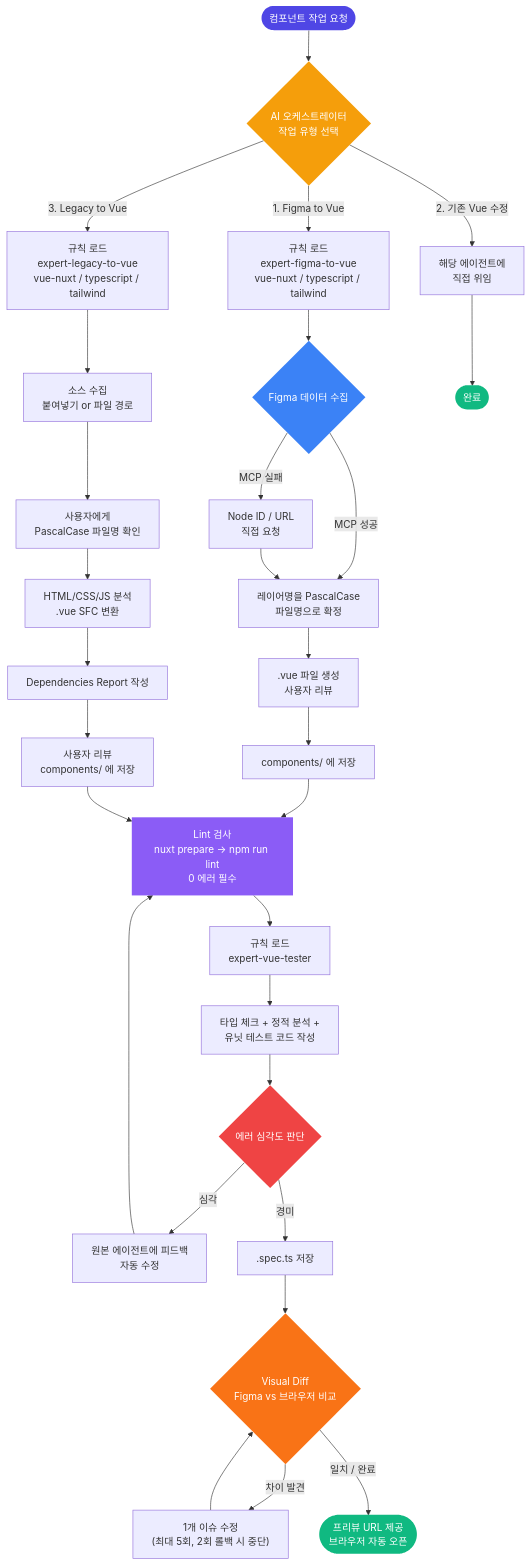
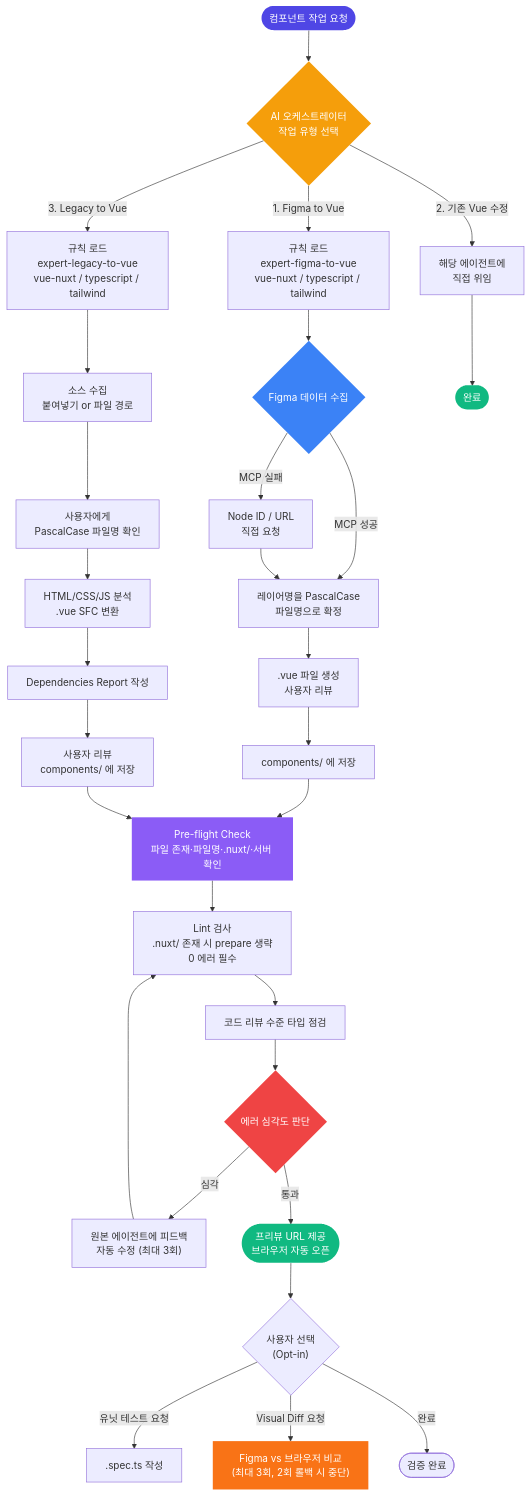
One commit to Hongcha-poodle/uxd-webbuilder-setup changed the diagram in README.md. Above: the diagram before and after it, drawn with Mermaid. The commit also changed 6 other files, not shown here.

Commit message:
워크플로우 문서 업데이트 및 검증 절차 개선

````diff
--- a/README.md
+++ b/README.md
@@ -129,47 +129,47 @@
 ```mermaid
 flowchart TD
     Start(["컴포넌트 작업 요청"])
     Select{"AI 오케스트레이터\n작업 유형 선택"}
     Start --> Select
 
     Select -- "1. Figma to Vue" --> F1["규칙 로드\nexpert-figma-to-vue\nvue-nuxt / typescript / tailwind"]
     Select -- "2. 기존 Vue 수정" --> Direct["해당 에이전트에\n직접 위임"]
     Select -- "3. Legacy to Vue" --> L1["규칙 로드\nexpert-legacy-to-vue\nvue-nuxt / typescript / tailwind"]
 
     F1 --> F2{"Figma 데이터 수집"}
     F2 -- "MCP 성공" --> F3["레이어명을 PascalCase\n파일명으로 확정"]
     F2 -- "MCP 실패" --> F2a["Node ID / URL\n직접 요청"]
     F2a --> F3
     F3 --> F4[".vue 파일 생성\n사용자 리뷰"]
     F4 --> F5["components/ 에 저장"]
 
     L1 --> L2["소스 수집\n붙여넣기 or 파일 경로"]
     L2 --> L3["사용자에게\nPascalCase 파일명 확인"]
     L3 --> L4["HTML/CSS/JS 분석\n.vue SFC 변환"]
     L4 --> L5["Dependencies Report 작성"]
     L5 --> L6["사용자 리뷰\ncomponents/ 에 저장"]
 
     F5 --> V0
     L6 --> V0
-    V0["Lint 검사\nnuxt prepare → npm run lint\n0 에러 필수"]
-    V0 --> V1["규칙 로드\nexpert-vue-tester"]
-    V1 --> V2["타입 체크 + 정적 분석 +\n유닛 테스트 코드 작성"]
+    V0["Pre-flight Check\n파일 존재·파일명·.nuxt/·서버 확인"]
+    V0 --> V1["Lint 검사\n.nuxt/ 존재 시 prepare 생략\n0 에러 필수"]
+    V1 --> V2["코드 리뷰 수준 타입 점검"]
     V2 --> V3{"에러 심각도 판단"}
-    V3 -- "심각" --> V4["원본 에이전트에 피드백\n자동 수정"]
-    V4 --> V0
-    V3 -- "경미" --> V5[".spec.ts 저장"]
-    V5 --> VD{"Visual Diff\nFigma vs 브라우저 비교"}
-    VD -- "차이 발견" --> VD1["1개 이슈 수정\n(최대 5회, 2회 롤백 시 중단)"]
-    VD1 --> VD
-    VD -- "일치 / 완료" --> V6(["프리뷰 URL 제공\n브라우저 자동 오픈"])
+    V3 -- "심각" --> V4["원본 에이전트에 피드백\n자동 수정 (최대 3회)"]
+    V4 --> V1
+    V3 -- "통과" --> V6(["프리뷰 URL 제공\n브라우저 자동 오픈"])
+    V6 --> Vopt{"사용자 선택\n(Opt-in)"}
+    Vopt -- "유닛 테스트 요청" --> VT[".spec.ts 작성"]
+    Vopt -- "Visual Diff 요청" --> VD["Figma vs 브라우저 비교\n(최대 3회, 2회 롤백 시 중단)"]
+    Vopt -- "완료" --> Done2(["검증 완료"])
     Direct --> Done(["완료"])
 
     style Start fill:#4f46e5,color:#fff,stroke:none
     style Select fill:#f59e0b,color:#fff,stroke:none
     style V0 fill:#8b5cf6,color:#fff,stroke:none
     style VD fill:#f97316,color:#fff,stroke:none
     style V6 fill:#10b981,color:#fff,stroke:none
     style Done fill:#10b981,color:#fff,stroke:none
     style V3 fill:#ef4444,color:#fff,stroke:none
     style F2 fill:#3b82f6,color:#fff,stroke:none
 ```
````
